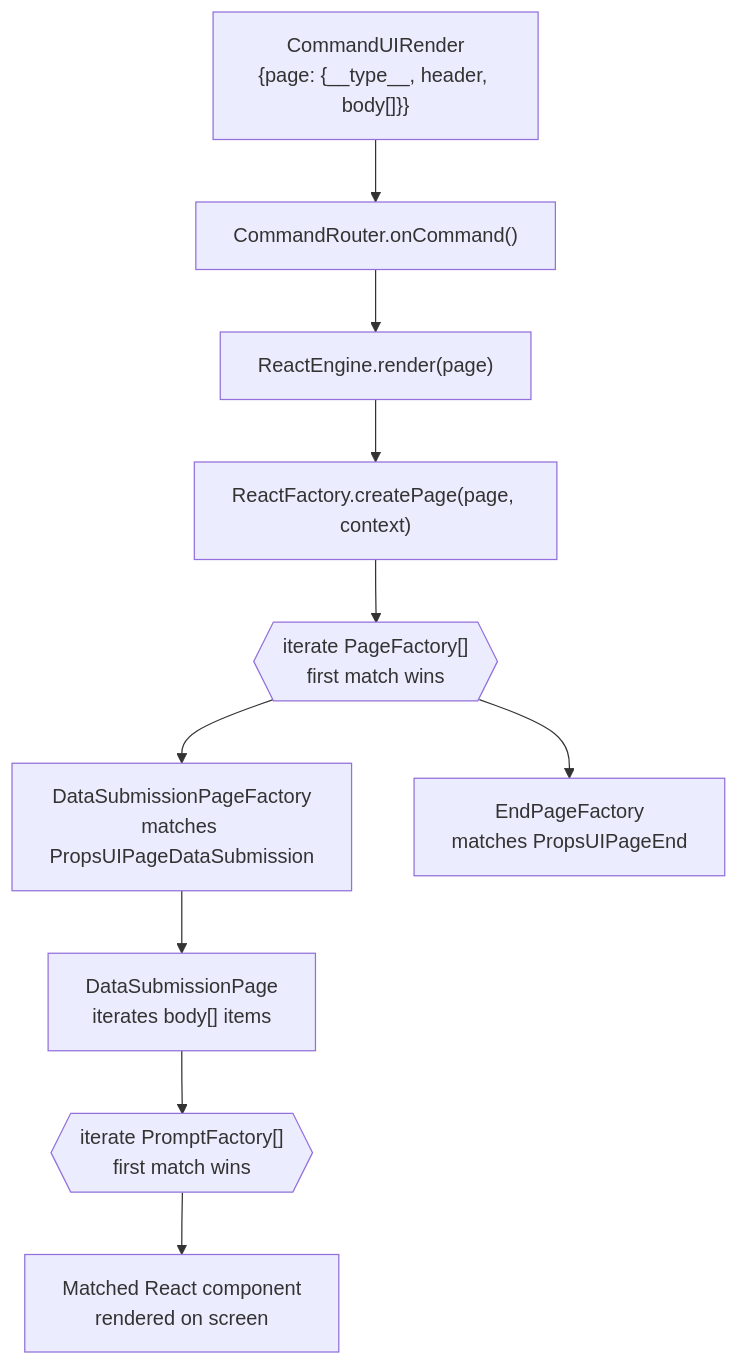
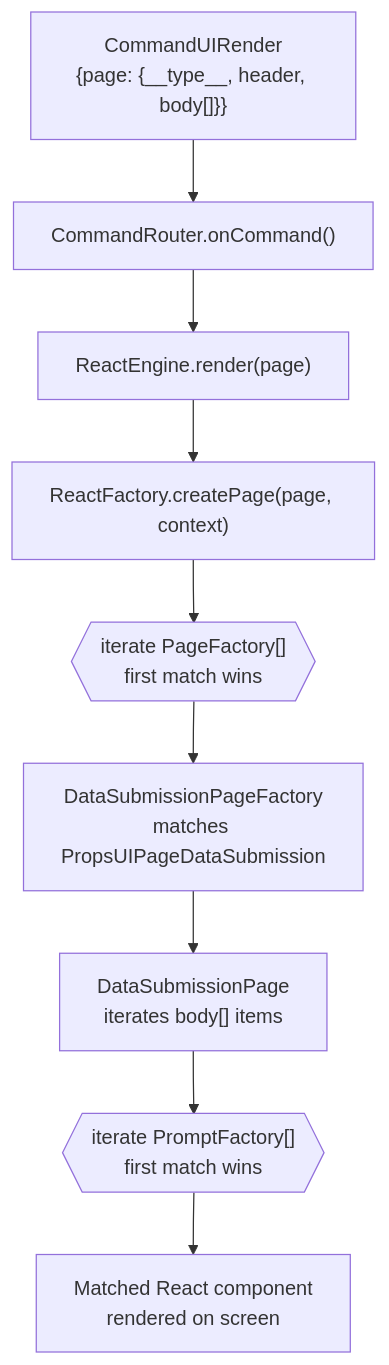
Before and after one commit to daniellemccool/data-donation-task: the first of 3 diagrams in doc/source/architecture/08-rendering.md, drawn with Mermaid. The commit also changed other lines of this file and 13 other files, not shown here.

````diff
--- a/doc/source/architecture/08-rendering.md
+++ b/doc/source/architecture/08-rendering.md
@@ -51,18 +51,16 @@
 ```mermaid
 flowchart TD
     CMD["CommandUIRender<br/>{page: {__type__, header, body[]}}"]
     CR["CommandRouter.onCommand()"]
     RE["ReactEngine.render(page)"]
     RF["ReactFactory.createPage(page, context)"]
     PF{{"iterate PageFactory[]<br/>first match wins"}}
     DSP["DataSubmissionPageFactory<br/>matches PropsUIPageDataSubmission"]
-    EP["EndPageFactory<br/>matches PropsUIPageEnd"]
     BODY["DataSubmissionPage<br/>iterates body[] items"]
     PROMPT{{"iterate PromptFactory[]<br/>first match wins"}}
     COMPONENT["Matched React component<br/>rendered on screen"]
 
     CMD --> CR --> RE --> RF --> PF
     PF --> DSP
-    PF --> EP
     DSP --> BODY --> PROMPT --> COMPONENT
 ```
````
